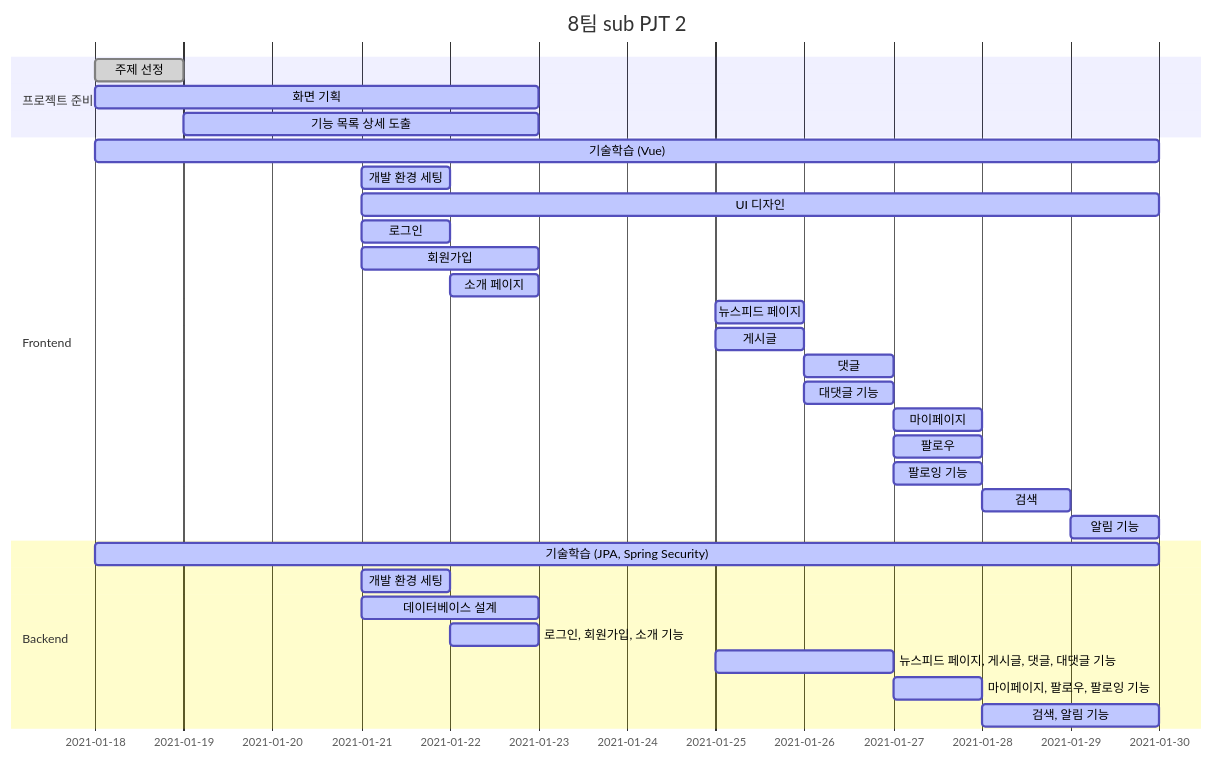
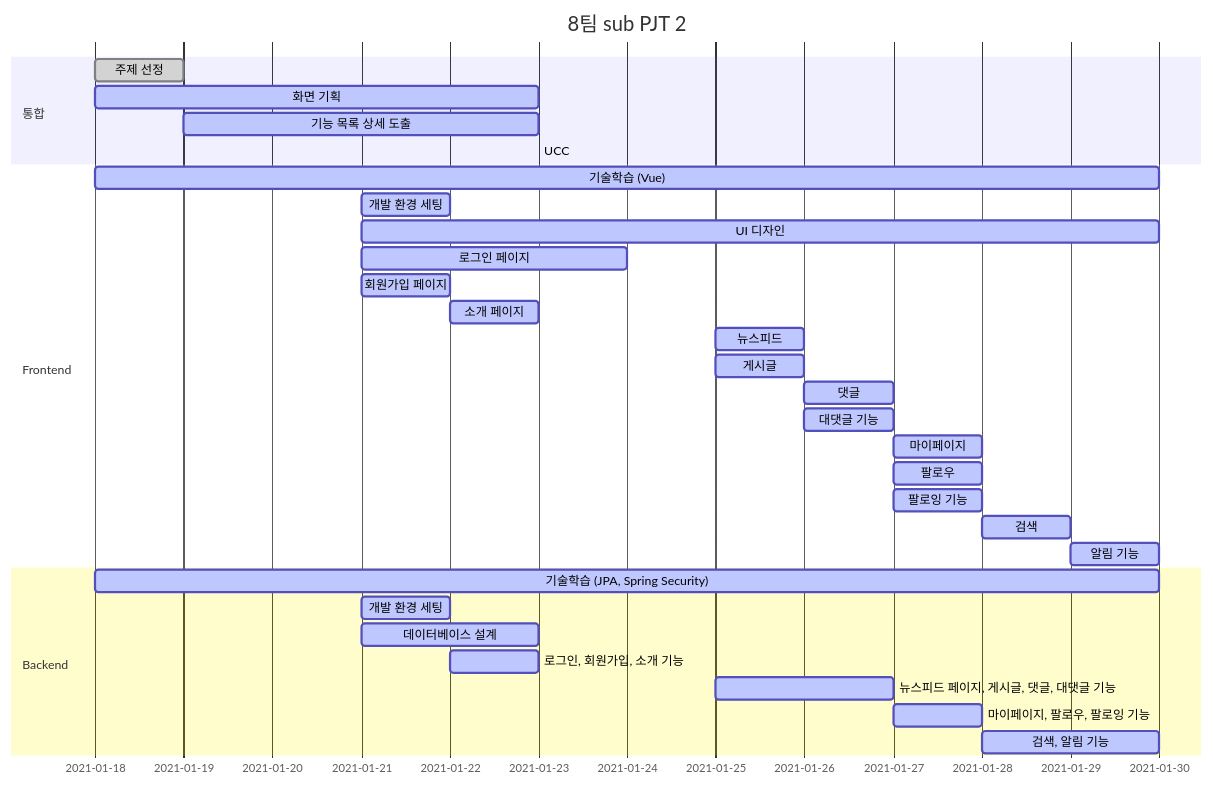
Before and after one commit to mingddo/3PM: the diagram in README.md, drawn with Mermaid. The commit also changed other lines of this file, not shown here.

````diff
--- a/README.md
+++ b/README.md
@@ -15,38 +15,40 @@
 ```mermaid
 gantt
     dateFormat  YYYY-MM-DD
     title       8팀 sub PJT 2
     %% excludes    weekends
     %% (`excludes` accepts specific dates in YYYY-MM-DD format, days of the week ("sunday") or "weekends", but not the word "weekdays".)
 
-    section 프로젝트 준비
+    section 통합
     주제 선정                  :done,    2021-01-18, 1d
     화면 기획                  :active,    2021-01-18, 5d
     기능 목록 상세 도출          :active,  2021-01-19, 4d
+    UCC :active, 2021-01-
     
     section Frontend
-    기술학습 (Vue)  :active, 2021-01-18, 12d
-    개발 환경 세팅 : active, 2021-01-21, 1d
-    UI 디자인   :active, 2021-01-21, 9d
-    로그인  :active, 2021-01-21, 1d
-    회원가입    :active, 2021-01-21, 2d
-    소개 페이지   :active, 2021-01-22, 1d
-    뉴스피드 페이지 :active, 2021-01-25, 1d
+    기술학습 (Vue)      :active, 2021-01-18, 12d
+    개발 환경 세팅      :active, 2021-01-21, 1d
+    UI 디자인           :active, 2021-01-21, 9d
+    로그인 페이지       :active, 2021-01-21, 3d
+    회원가입 페이지     :active, 2021-01-21, 1d
+    소개 페이지         :active, 2021-01-22, 1d
+    
+    뉴스피드:active, 2021-01-25, 1d
     게시글  :active, 2021-01-25, 1d
     댓글 :active, 2021-01-26, 1d
     대댓글 기능    :active, 2021-01-26, 1d
     마이페이지  :active, 2021-01-27, 1d
     팔로우  :active, 2021-01-27, 1d
     팔로잉 기능 :active, 2021-01-27, 1d
     검색    :active, 2021-01-28, 1d
     알림 기능 :active, 2021-01-29, 1d
 
     section Backend
     기술학습 (JPA, Spring Security)  :active, 2021-01-18, 12d
     개발 환경 세팅 : active, 2021-01-21, 1d
     데이터베이스 설계   : active, 2021-01-21, 2d
     로그인, 회원가입, 소개 기능   :active, 2021-01-22, 1d
     뉴스피드 페이지, 게시글, 댓글, 대댓글 기능    :active, 2021-01-25, 2d
     마이페이지, 팔로우, 팔로잉 기능 :active, 2021-01-27, 1d
     검색, 알림 기능 :active, 2021-01-28, 2d
 ```
````
